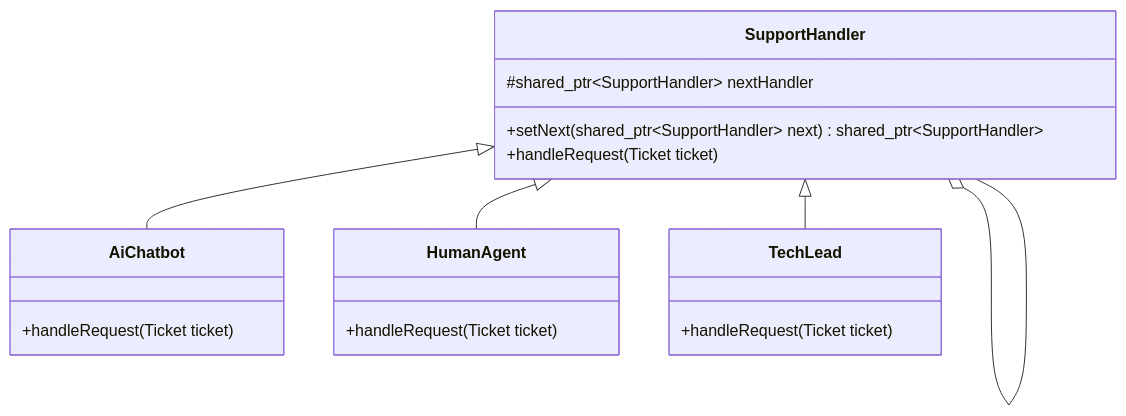
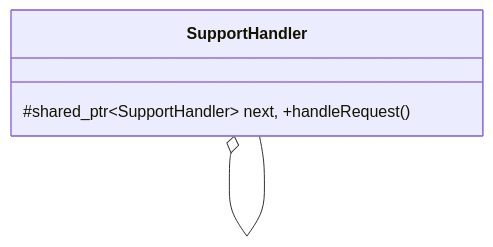
Diagram 16 of 22 in readme.md (divyap271/systemDesign), drawn with Mermaid before and after one commit. The commit also changed other lines of this file, not shown here.

````diff
--- a/readme.md
+++ b/readme.md
@@ -331,16 +212,5 @@
 ```mermaid
 classDiagram
-    class SupportHandler {
-        #shared_ptr~SupportHandler~ nextHandler
-        +setNext(shared_ptr~SupportHandler~ next) shared_ptr~SupportHandler~
-        +handleRequest(Ticket ticket)
-    }
-    class AiChatbot { +handleRequest(Ticket ticket) }
-    class HumanAgent { +handleRequest(Ticket ticket) }
-    class TechLead { +handleRequest(Ticket ticket) }
-    
-    SupportHandler <|-- AiChatbot
-    SupportHandler <|-- HumanAgent
-    SupportHandler <|-- TechLead
+    class SupportHandler { #shared_ptr~SupportHandler~ next, +handleRequest() }
     SupportHandler o-- SupportHandler
 ```
````
